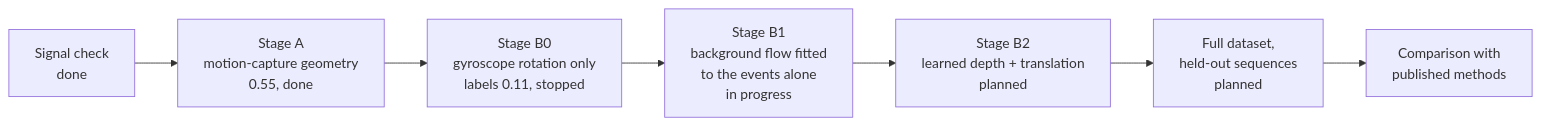
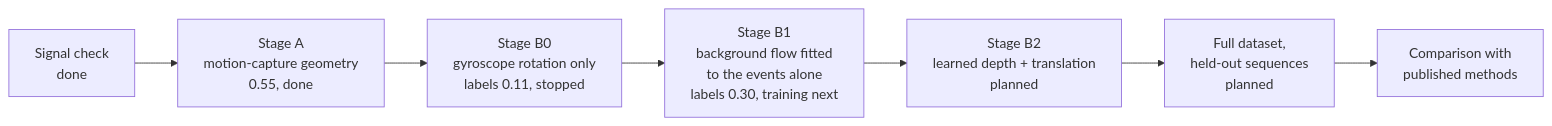
One commit to sadi2003q/ABP changed the third of 4 diagrams in README.md. Above: the diagram before and after it, drawn with Mermaid. The commit also changed other lines of this file, not shown here.

First line of the commit message:
README: stage B1 result (pseudo-label IoU 0.30, baseline 0.08)

````diff
--- a/README.md
+++ b/README.md
@@ -132,9 +132,9 @@
 ```mermaid
 flowchart LR
     A["Signal check<br/>done"] --> B["Stage A<br/>motion-capture geometry<br/>0.55, done"]
     B --> C["Stage B0<br/>gyroscope rotation only<br/>labels 0.11, stopped"]
-    C --> D["Stage B1<br/>background flow fitted<br/>to the events alone<br/>in progress"]
+    C --> D["Stage B1<br/>background flow fitted<br/>to the events alone<br/>labels 0.30, training next"]
     D --> E["Stage B2<br/>learned depth + translation<br/>planned"]
     E --> F["Full dataset,<br/>held-out sequences<br/>planned"]
     F --> G["Comparison with<br/>published methods"]
 ```
````
